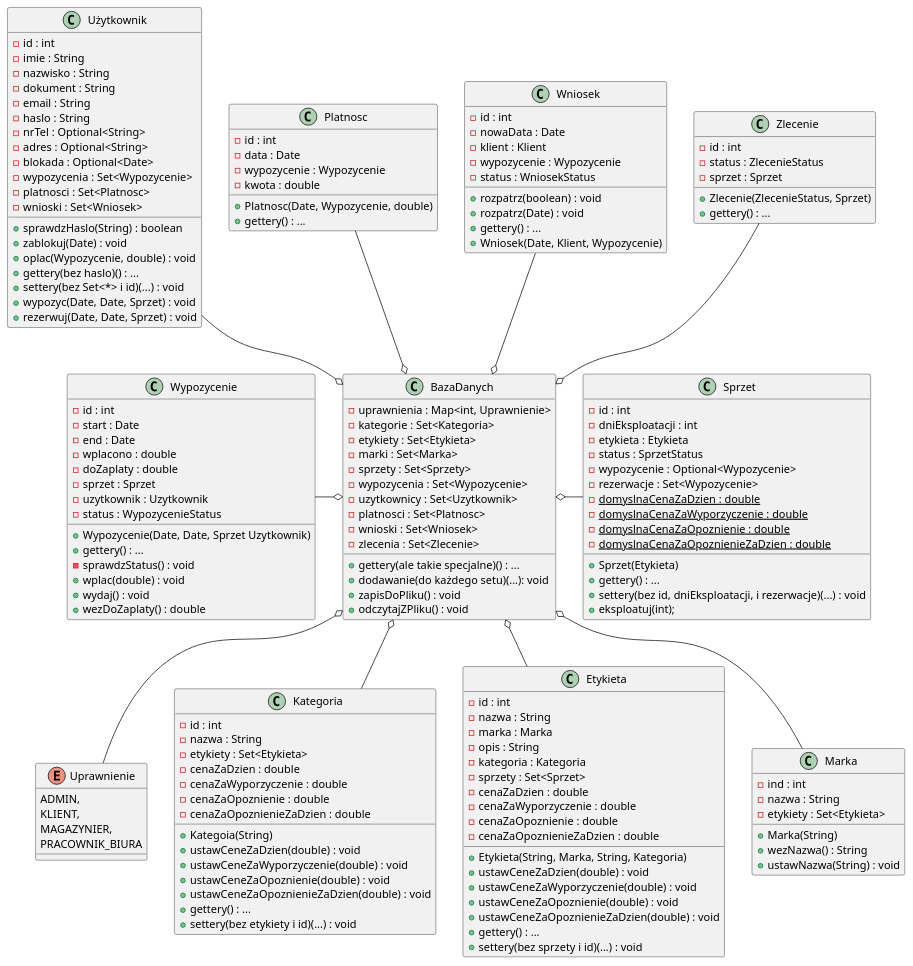
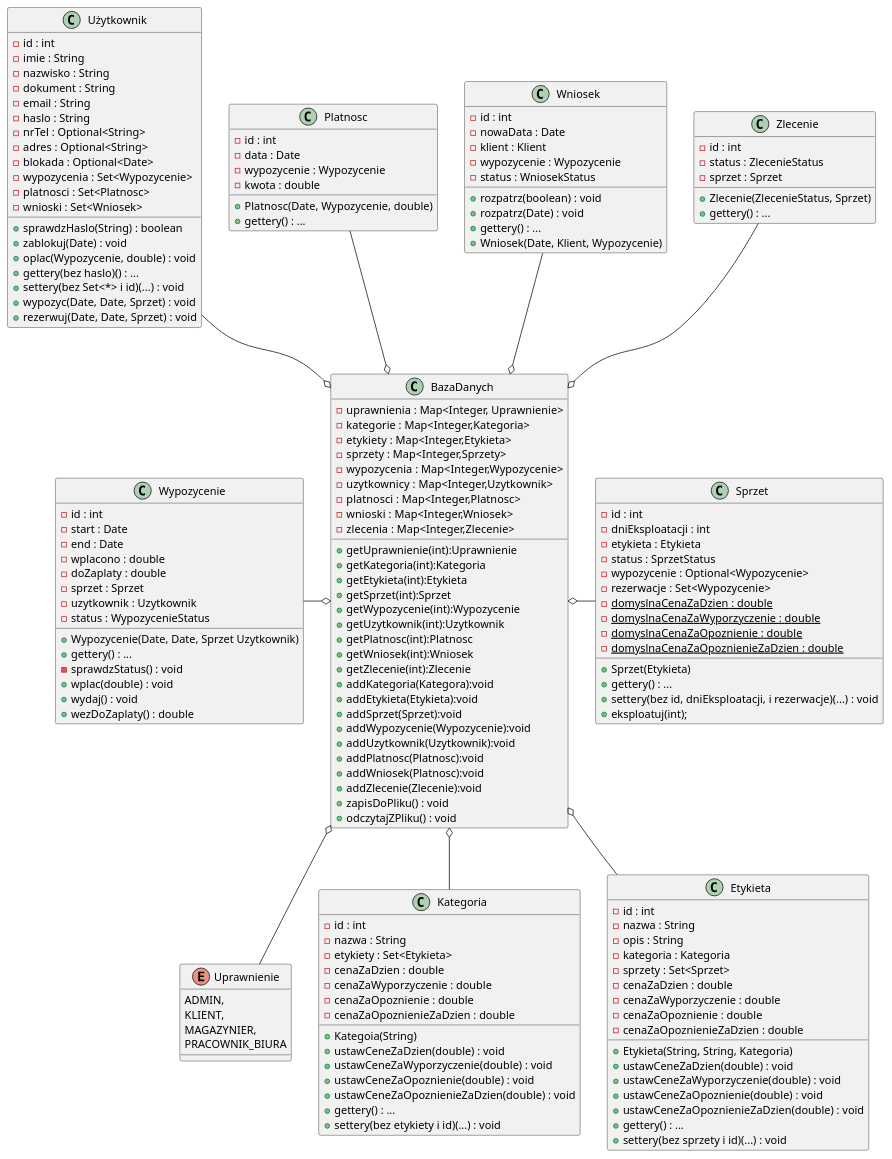
The diagram in diagramy_klas/DataBase.puml (KoduraS/IO-project-RentalAid), drawn with PlantUML before and after one commit. The commit also changed 3 other files, not shown here.

Commit message:
Zmieniłem diagramy klas tak, żeby pasowały do diagramów sekwencji. Dodałem metody których moim zdaniem brakowało w serwisach. Są zrobione w bardzo głupi sposób (te nowe metody), dlatego trzeba patrzeć na serwisy.puml.

```diff
--- a/diagramy_klas/DataBase.puml
+++ b/diagramy_klas/DataBase.puml
@@ -1,169 +1,172 @@
 @startuml DataBase	
     
     class "BazaDanych" as BAD {
-		- uprawnienia : Map<int, Uprawnienie>
-		- kategorie : Set<Kategoria>
-		- etykiety : Set<Etykieta>
-		- marki : Set<Marka>
-		- sprzety : Set<Sprzety>
-		- wypozycenia : Set<Wypozycenie>
-		- uzytkownicy : Set<Uzytkownik>
-		- platnosci : Set<Platnosc>
-		- wnioski : Set<Wniosek>
-		- zlecenia : Set<Zlecenie>
-		+ gettery(ale takie specjalne)() : ...
-		+ dodawanie(do każdego setu)(...): void
+		- uprawnienia : Map<Integer, Uprawnienie>
+		- kategorie : Map<Integer,Kategoria>
+		- etykiety : Map<Integer,Etykieta>
+		- sprzety : Map<Integer,Sprzety>
+		- wypozycenia : Map<Integer,Wypozycenie>
+		- uzytkownicy : Map<Integer,Uzytkownik>
+		- platnosci : Map<Integer,Platnosc>
+		- wnioski : Map<Integer,Wniosek>
+		- zlecenia : Map<Integer,Zlecenie>
+		+ getUprawnienie(int):Uprawnienie
+		+ getKategoria(int):Kategoria
+		+ getEtykieta(int):Etykieta
+		+ getSprzet(int):Sprzet
+		+ getWypozycenie(int):Wypozycenie
+		+ getUzytkownik(int):Uzytkownik
+		+ getPlatnosc(int):Platnosc
+		+ getWniosek(int):Wniosek
+		+ getZlecenie(int):Zlecenie
+		+ addKategoria(Kategora):void
+		+ addEtykieta(Etykieta):void
+		+ addSprzet(Sprzet):void
+		+ addWypozycenie(Wypozycenie):void
+		+ addUzytkownik(Uzytkownik):void
+		+ addPlatnosc(Platnosc):void
+		+ addWniosek(Platnosc):void
+		+ addZlecenie(Zlecenie):void
 		+ zapisDoPliku() : void
 		+ odczytajZPliku() : void
 	}
 
 	enum "Uprawnienie" as UPR {
 		ADMIN,
 		KLIENT,
 		MAGAZYNIER,
 		PRACOWNIK_BIURA
 	}
 
 	class "Kategoria" as KAT {
 		- id : int
 		- nazwa : String
 		- etykiety : Set<Etykieta>
 		- cenaZaDzien : double
 		- cenaZaWyporzyczenie : double
 		- cenaZaOpoznienie : double
 		- cenaZaOpoznienieZaDzien : double
 		+ Kategoia(String)
 		+ ustawCeneZaDzien(double) : void
 		+ ustawCeneZaWyporzyczenie(double) : void
 		+ ustawCeneZaOpoznienie(double) : void
 		+ ustawCeneZaOpoznienieZaDzien(double) : void
 		+ gettery() : ...
 		+ settery(bez etykiety i id)(...) : void 
 	}
 
 	class "Etykieta" as ETY {
 		- id : int
 		- nazwa : String
-		- marka : Marka
 		- opis : String
 		- kategoria : Kategoria
 		- sprzety : Set<Sprzet>
 		- cenaZaDzien : double
 		- cenaZaWyporzyczenie : double 
 		- cenaZaOpoznienie : double
 		- cenaZaOpoznienieZaDzien : double
-		+ Etykieta(String, Marka, String, Kategoria)
+		+ Etykieta(String, String, Kategoria)
 		+ ustawCeneZaDzien(double) : void
 		+ ustawCeneZaWyporzyczenie(double) : void
 		+ ustawCeneZaOpoznienie(double) : void
 		+ ustawCeneZaOpoznienieZaDzien(double) : void
 		+ gettery() : ...
 		+ settery(bez sprzety i id)(...) : void 
-	}
-
-	class "Marka" as MAR {
-		- ind : int
-		- nazwa : String
-		- etykiety : Set<Etykieta>
-		+ Marka(String)
-		+ wezNazwa() : String
-		+ ustawNazwa(String) : void
 	}
 
 	class "Sprzet" as SPR {
 		- id : int
 		- dniEksploatacji : int
 		- etykieta : Etykieta
 		- status : SprzetStatus
 		- wypozycenie : Optional<Wypozycenie>
 		- rezerwacje : Set<Wypozycenie>
 		- {static} domyslnaCenaZaDzien : double
 		- {static} domyslnaCenaZaWyporzyczenie : double
 		- {static} domyslnaCenaZaOpoznienie : double
 		- {static} domyslnaCenaZaOpoznienieZaDzien : double
 		+ Sprzet(Etykieta)
 		+ gettery() : ...
 		+ settery(bez id, dniEksploatacji, i rezerwacje)(...) : void
 		+ eksploatuj(int);
 	}
 
 	class "Wypozycenie" as WYP {
 		- id : int
 		- start : Date
 		- end : Date
 		- wplacono : double
 		- doZaplaty : double
 		- sprzet : Sprzet
 		- uzytkownik : Uzytkownik
 		- status : WypozycenieStatus
 		+ Wypozycenie(Date, Date, Sprzet Uzytkownik)
 		+ gettery() : ...
 		- sprawdzStatus() : void
 		+ wplac(double) : void
 		+ wydaj() : void
 		+ wezDoZaplaty() : double
 	}
 
 	class "Użytkownik" as UZY {
 		- id : int
 		- imie : String
 		- nazwisko : String
 		- dokument : String
 		- email : String
 		- haslo : String
 		- nrTel : Optional<String>
 		- adres : Optional<String>
 		- blokada : Optional<Date>
 		- wypozycenia : Set<Wypozycenie>
 		- platnosci : Set<Platnosc>
 		- wnioski : Set<Wniosek>
 		+ sprawdzHaslo(String) : boolean
 		+ zablokuj(Date) : void
 		+ oplac(Wypozycenie, double) : void
 		+ gettery(bez haslo)() : ...
 		+ settery(bez Set<*> i id)(...) : void
 		+ wypozyc(Date, Date, Sprzet) : void
 		+ rezerwuj(Date, Date, Sprzet) : void
 	}
 
 	class "Platnosc" as PLA {
 		- id : int
 		- data : Date
 		- wypozycenie : Wypozycenie
 		- kwota : double
 		+ Platnosc(Date, Wypozycenie, double)
 		+ gettery() : ...
 	}
 
 	class "Wniosek" as WNI {
 		- id : int
 		- nowaData : Date
 		- klient : Klient
 		- wypozycenie : Wypozycenie
 		- status : WniosekStatus
 		+ rozpatrz(boolean) : void
 		+ rozpatrz(Date) : void
 		+ gettery() : ...
 		+ Wniosek(Date, Klient, Wypozycenie)
 	}
 
 	class "Zlecenie" as ZLE {
 		- id : int
 		- status : ZlecenieStatus
 		- sprzet : Sprzet
 		+ Zlecenie(ZlecenieStatus, Sprzet)
 		+ gettery() : ...
 	}
 
 	UPR -up-o BAD
 	KAT -up-o BAD
 	ETY -up-o BAD
-	MAR -up-o BAD
 	SPR -left-o BAD
 	WYP -right-o BAD
 	UZY -down-o BAD
 	PLA -down-o BAD
 	WNI -down-o BAD
 	ZLE -down-o BAD
 	
 @enduml
```
